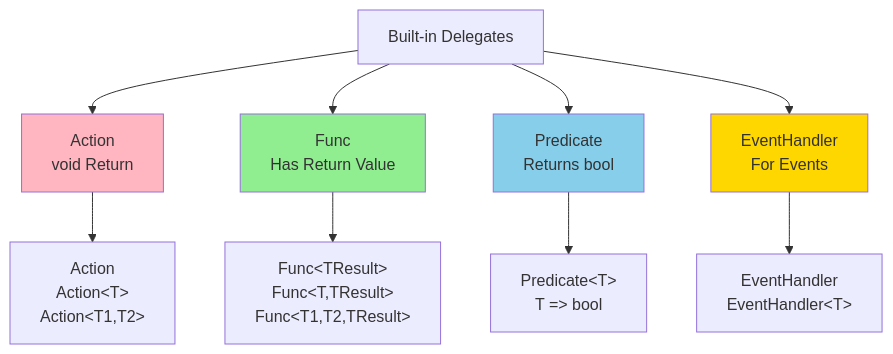
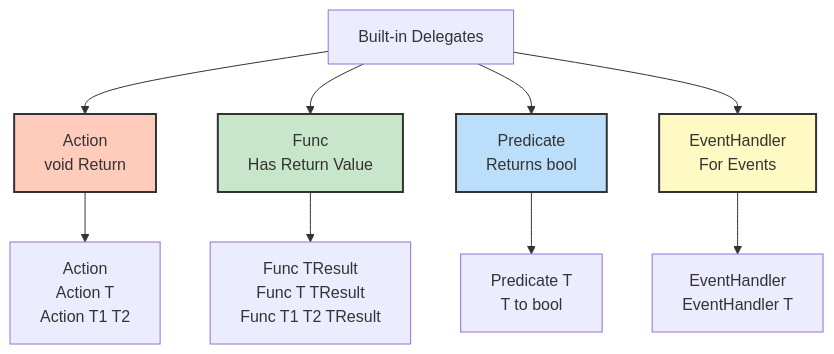
Before and after one commit to NguyenPhamCode4You/ai-home-lab-docker-compose: the fifth of 10 diagrams in C# fundamentals/day03-delegates-events.md, drawn with Mermaid. The commit also changed other lines of this file and 10 other files, not shown here.

````diff
--- a/C# fundamentals/day03-delegates-events.md
+++ b/C# fundamentals/day03-delegates-events.md
@@ -384,17 +384,17 @@
 ```mermaid
 graph TB
     A[Built-in Delegates] --> B[Action<br/>void Return]
     A --> C[Func<br/>Has Return Value]
     A --> D[Predicate<br/>Returns bool]
     A --> E[EventHandler<br/>For Events]
 
-    B --> B1[Action<br/>Action&lt;T&gt;<br/>Action&lt;T1,T2&gt;]
-    C --> C1[Func&lt;TResult&gt;<br/>Func&lt;T,TResult&gt;<br/>Func&lt;T1,T2,TResult&gt;]
-    D --> D1[Predicate&lt;T&gt;<br/>T => bool]
-    E --> E1[EventHandler<br/>EventHandler&lt;T&gt;]
+    B --> B1[Action<br/>Action T<br/>Action T1 T2]
+    C --> C1[Func TResult<br/>Func T TResult<br/>Func T1 T2 TResult]
+    D --> D1[Predicate T<br/>T to bool]
+    E --> E1[EventHandler<br/>EventHandler T]
 
-    style B fill:#FFB6C1
-    style C fill:#90EE90
-    style D fill:#87CEEB
-    style E fill:#FFD700
+    style B fill:#ffccbc,stroke:#333,stroke-width:2px
+    style C fill:#c8e6c9,stroke:#333,stroke-width:2px
+    style D fill:#bbdefb,stroke:#333,stroke-width:2px
+    style E fill:#fff9c4,stroke:#333,stroke-width:2px
 ```
````
